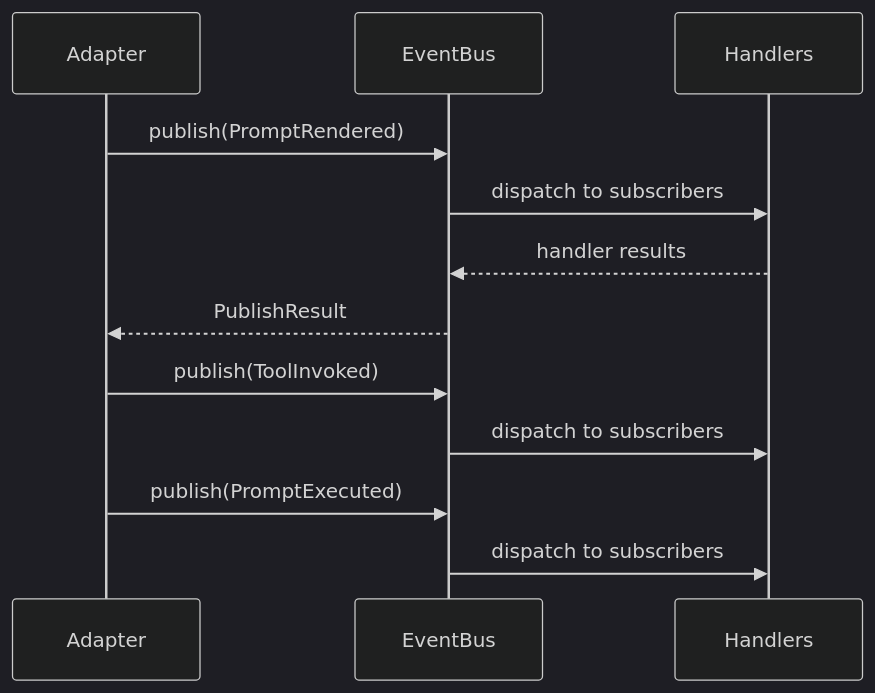
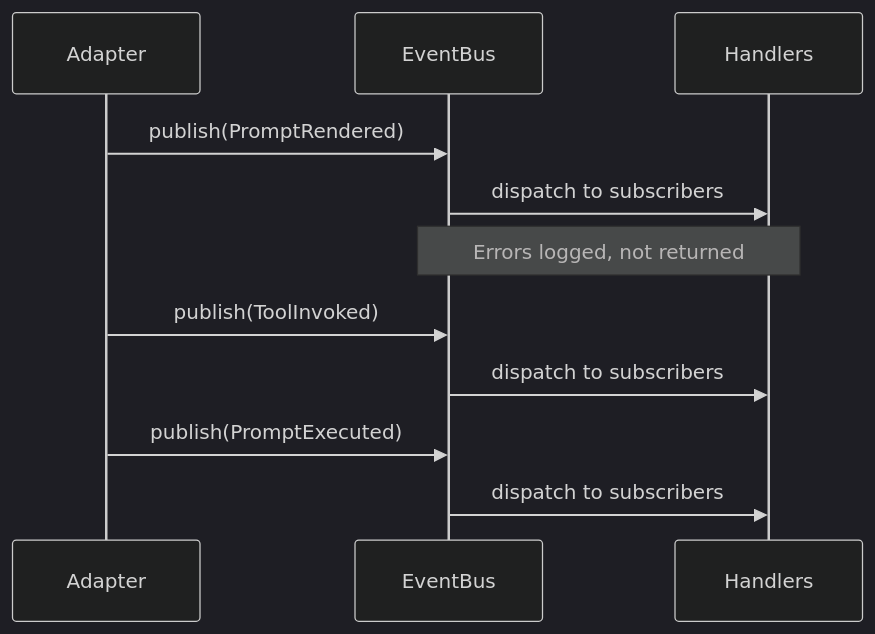
The second of 2 diagrams in specs/SESSIONS.md (weakincentives/weakincentives), drawn with Mermaid (dark theme) before and after one commit. The commit also changed other lines of this file and 2 other files, not shown here.

````diff
--- a/specs/SESSIONS.md
+++ b/specs/SESSIONS.md
@@ -389,17 +389,16 @@
 ```mermaid
 sequenceDiagram
     participant A as Adapter
     participant B as EventBus
     participant H as Handlers
 
     A->>B: publish(PromptRendered)
     B->>H: dispatch to subscribers
-    H-->>B: handler results
-    B-->>A: PublishResult
+    Note over B,H: Errors logged, not returned
 
     A->>B: publish(ToolInvoked)
     B->>H: dispatch to subscribers
 
     A->>B: publish(PromptExecuted)
     B->>H: dispatch to subscribers
 ```
````
